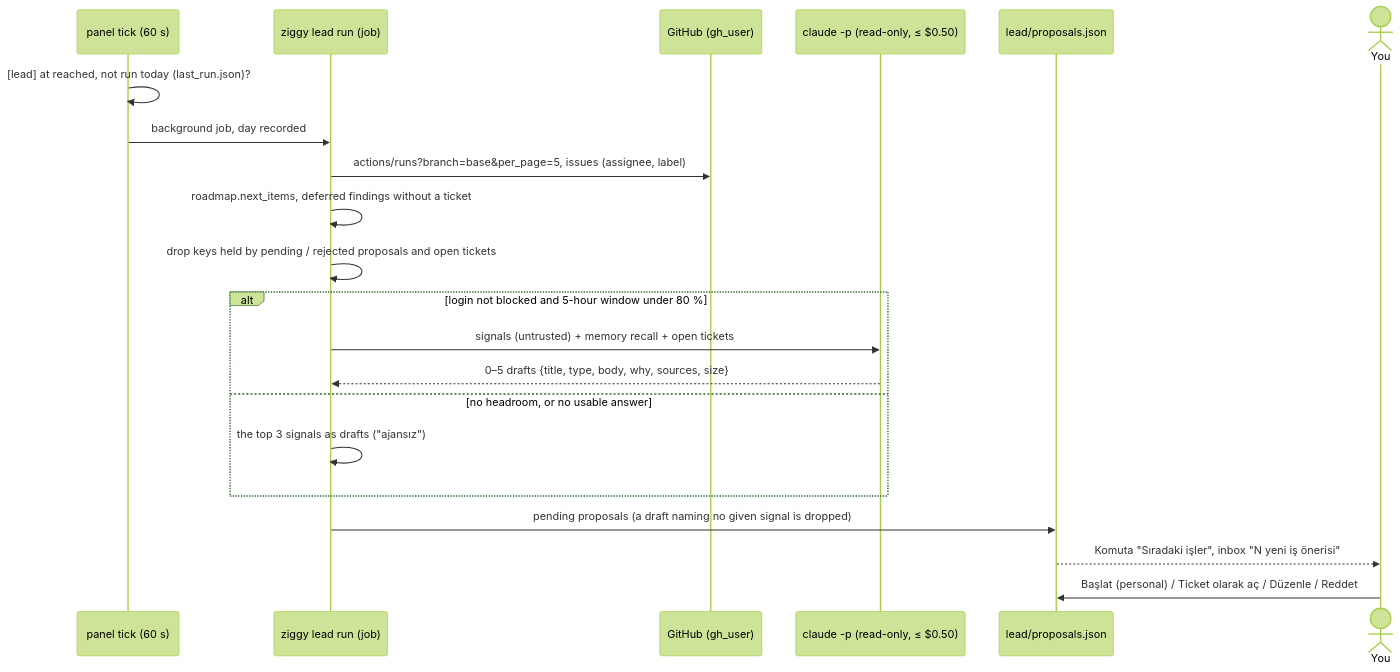
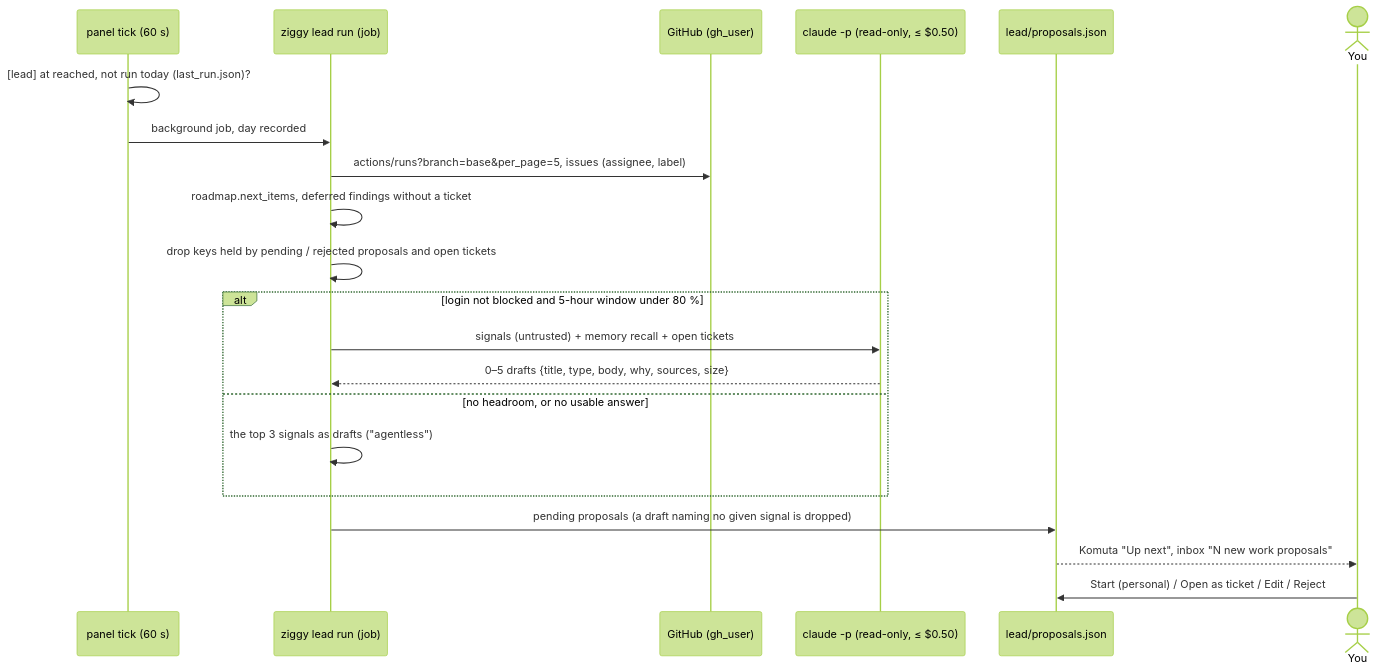
Before and after one commit to ilkeryasin8/ziggy-agent: diagram 17 of 19 in docs/how-it-works.md, drawn with Mermaid (forest theme). The commit also changed other lines of this file and 17 other files, not shown here.

````diff
--- a/docs/how-it-works.md
+++ b/docs/how-it-works.md
@@ -1040,23 +1040,23 @@
 ```mermaid
 sequenceDiagram
     participant Tick as panel tick (60 s)
     participant Lead as ziggy lead run (job)
     participant GH as GitHub (gh_user)
     participant Agent as claude -p (read-only, ≤ $0.50)
     participant Props as lead/proposals.json
     actor You
     Tick->>Tick: [lead] at reached, not run today (last_run.json)?
     Tick->>Lead: background job, day recorded
     Lead->>GH: actions/runs?branch=base&per_page=5, issues (assignee, label)
     Lead->>Lead: roadmap.next_items, deferred findings without a ticket
     Lead->>Lead: drop keys held by pending / rejected proposals and open tickets
     alt login not blocked and 5-hour window under 80 %
         Lead->>Agent: signals (untrusted) + memory recall + open tickets
         Agent-->>Lead: 0–5 drafts {title, type, body, why, sources, size}
     else no headroom, or no usable answer
-        Lead->>Lead: the top 3 signals as drafts ("ajansız")
+        Lead->>Lead: the top 3 signals as drafts ("agentless")
     end
     Lead->>Props: pending proposals (a draft naming no given signal is dropped)
-    Props-->>You: Komuta "Sıradaki işler", inbox "N yeni iş önerisi"
-    You->>Props: Başlat (personal) / Ticket olarak aç / Düzenle / Reddet
+    Props-->>You: Komuta "Up next", inbox "N new work proposals"
+    You->>Props: Start (personal) / Open as ticket / Edit / Reject
 ```
````
